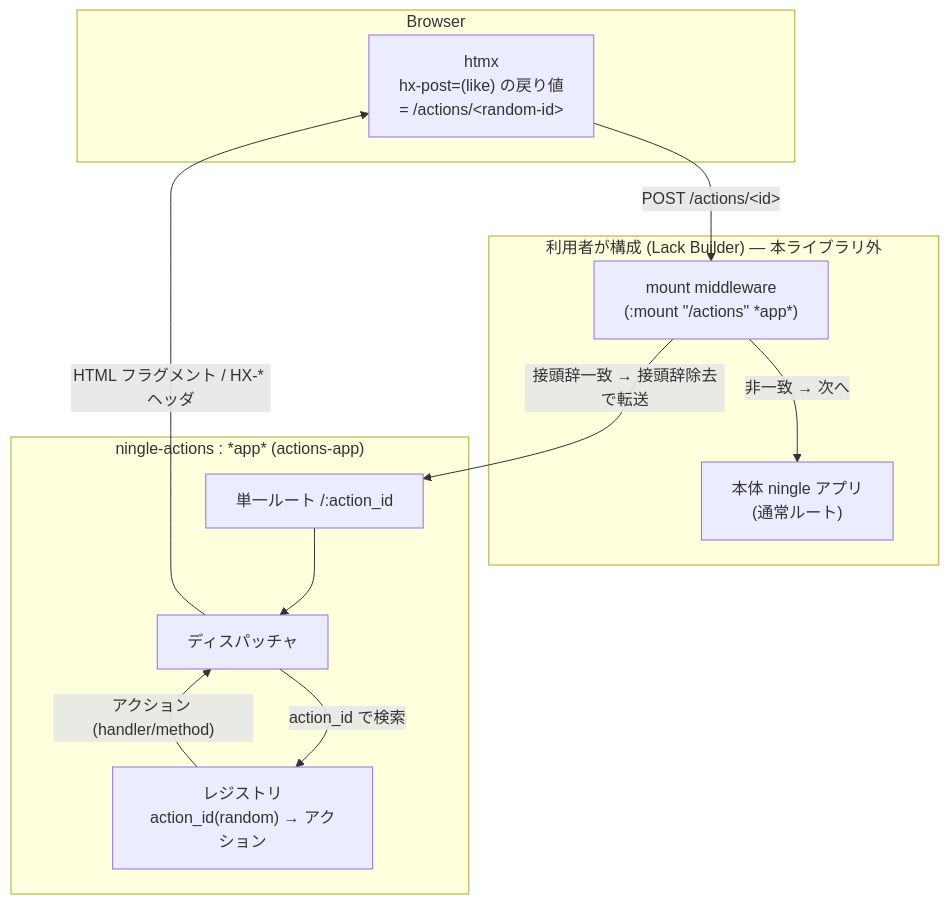
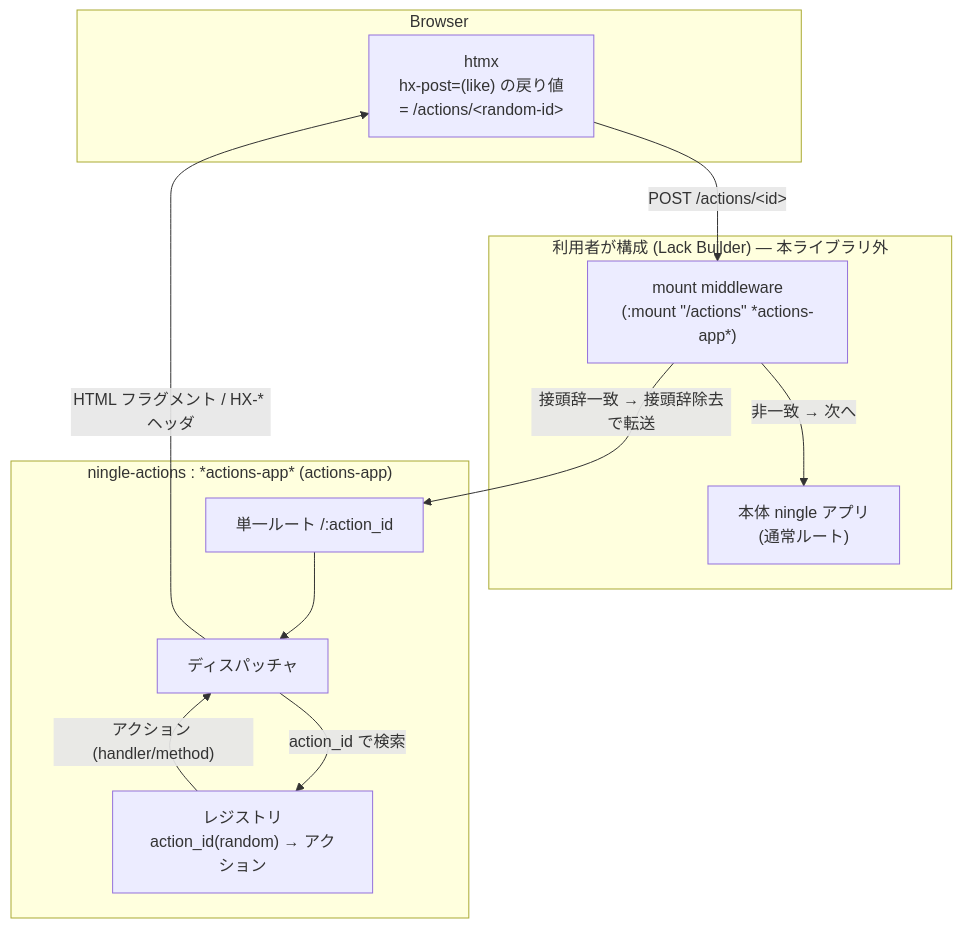
Before and after one commit to skyizwhite/ningle-actions: the first of 6 diagrams in docs/functional-design.md, drawn with Mermaid. The commit also changed other lines of this file and 16 other files, not shown here.

First line of the commit message:
feat!: provide singleton *actions-app* directly instead of make-actions-app

````diff
--- a/docs/functional-design.md
+++ b/docs/functional-design.md
@@ -30,25 +30,25 @@
 ```mermaid
 graph TD
     subgraph Browser
         H["htmx<br/>hx-post=(like) の戻り値<br/>= /actions/&lt;random-id&gt;"]
     end
 
     subgraph "利用者が構成 (Lack Builder) — 本ライブラリ外"
-        MW["mount middleware<br/>(:mount &quot;/actions&quot; *app*)"]
+        MW["mount middleware<br/>(:mount &quot;/actions&quot; *actions-app*)"]
         MAIN["本体 ningle アプリ<br/>(通常ルート)"]
     end
 
-    subgraph "ningle-actions : *app* (actions-app)"
+    subgraph "ningle-actions : *actions-app* (actions-app)"
         ROUTE["単一ルート /:action_id"]
         DISP["ディスパッチャ"]
         REG["レジストリ<br/>action_id(random) → アクション"]
     end
 
     H -->|"POST /actions/&lt;id&gt;"| MW
     MW -->|"接頭辞一致 → 接頭辞除去で転送"| ROUTE
     MW -->|"非一致 → 次へ"| MAIN
     ROUTE --> DISP
     DISP -->|"action_id で検索"| REG
     REG -->|"アクション (handler/method)"| DISP
     DISP -->|"HTML フラグメント / HX-* ヘッダ"| H
 ```
````
